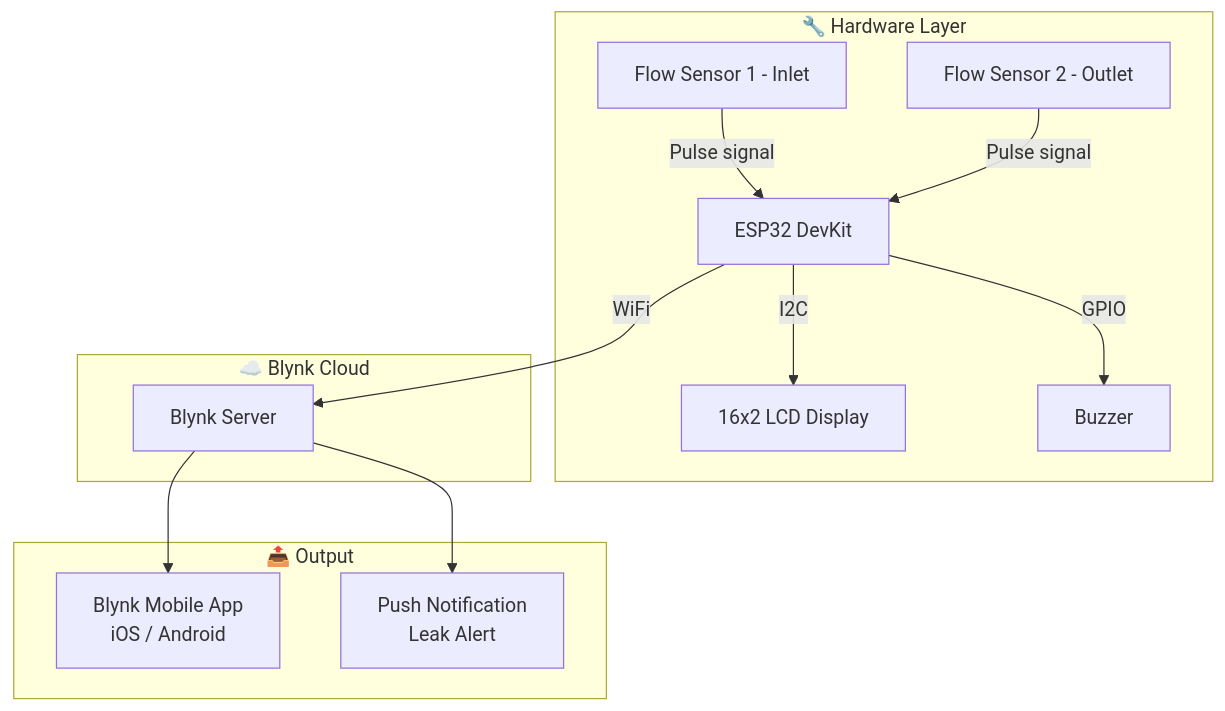
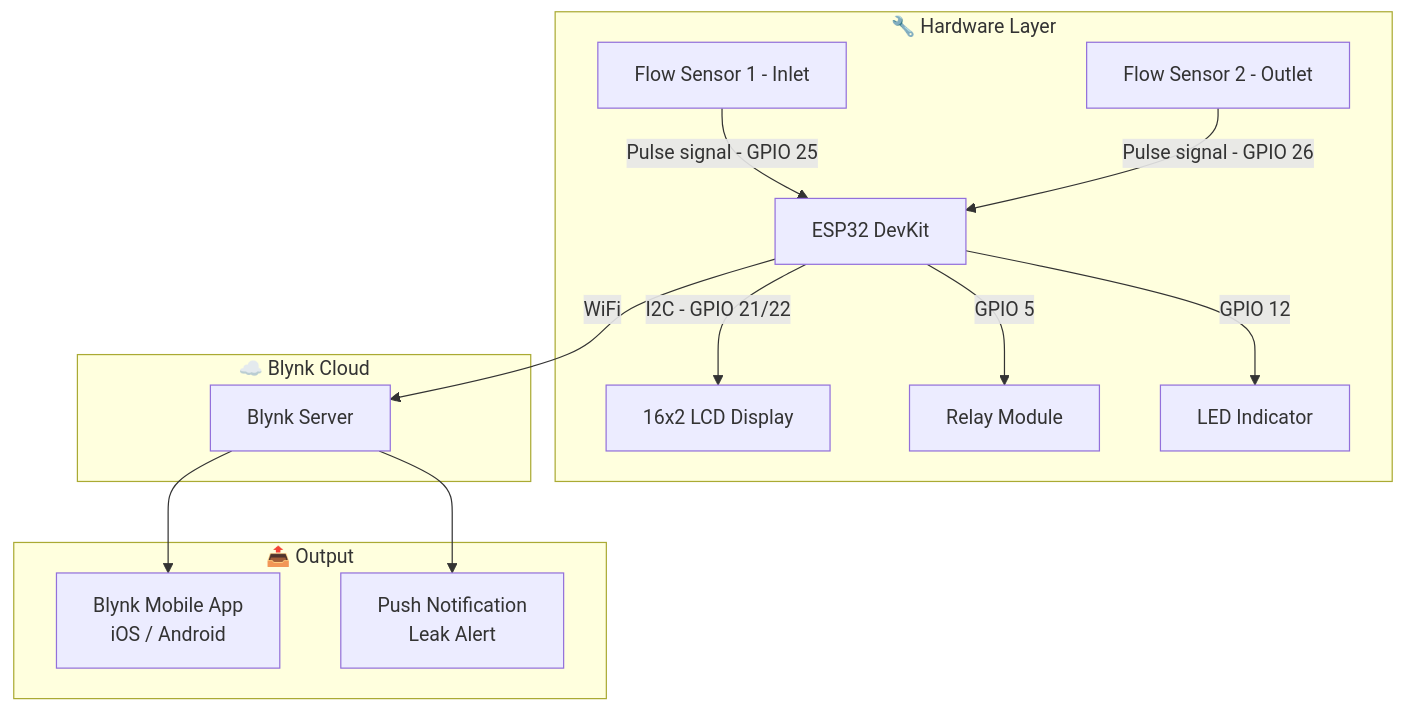
Before and after one commit to adhilmm18/water-pipe-leakage-detection: the diagram in README.md, drawn with Mermaid. The commit also changed other lines of this file, not shown here.

````diff
--- a/README.md
+++ b/README.md
@@ -57,27 +70,29 @@
 ```mermaid
 flowchart TD
     subgraph Hardware ["🔧 Hardware Layer"]
         FS1[Flow Sensor 1 - Inlet]
         FS2[Flow Sensor 2 - Outlet]
         LCD[16x2 LCD Display]
-        BUZ[Buzzer]
+        RELAY[Relay Module]
+        LED[LED Indicator]
         ESP[ESP32 DevKit]
     end
 
     subgraph Cloud ["☁️ Blynk Cloud"]
         BC[Blynk Server]
     end
 
     subgraph Output ["📤 Output"]
         APP[Blynk Mobile App\niOS / Android]
         NOTIF[Push Notification\nLeak Alert]
     end
 
-    FS1 -->|Pulse signal| ESP
-    FS2 -->|Pulse signal| ESP
-    ESP -->|I2C| LCD
-    ESP -->|GPIO| BUZ
+    FS1 -->|Pulse signal - GPIO 25| ESP
+    FS2 -->|Pulse signal - GPIO 26| ESP
+    ESP -->|I2C - GPIO 21/22| LCD
+    ESP -->|GPIO 5| RELAY
+    ESP -->|GPIO 12| LED
     ESP -->|WiFi| BC
     BC --> APP
     BC --> NOTIF
 ```
````
